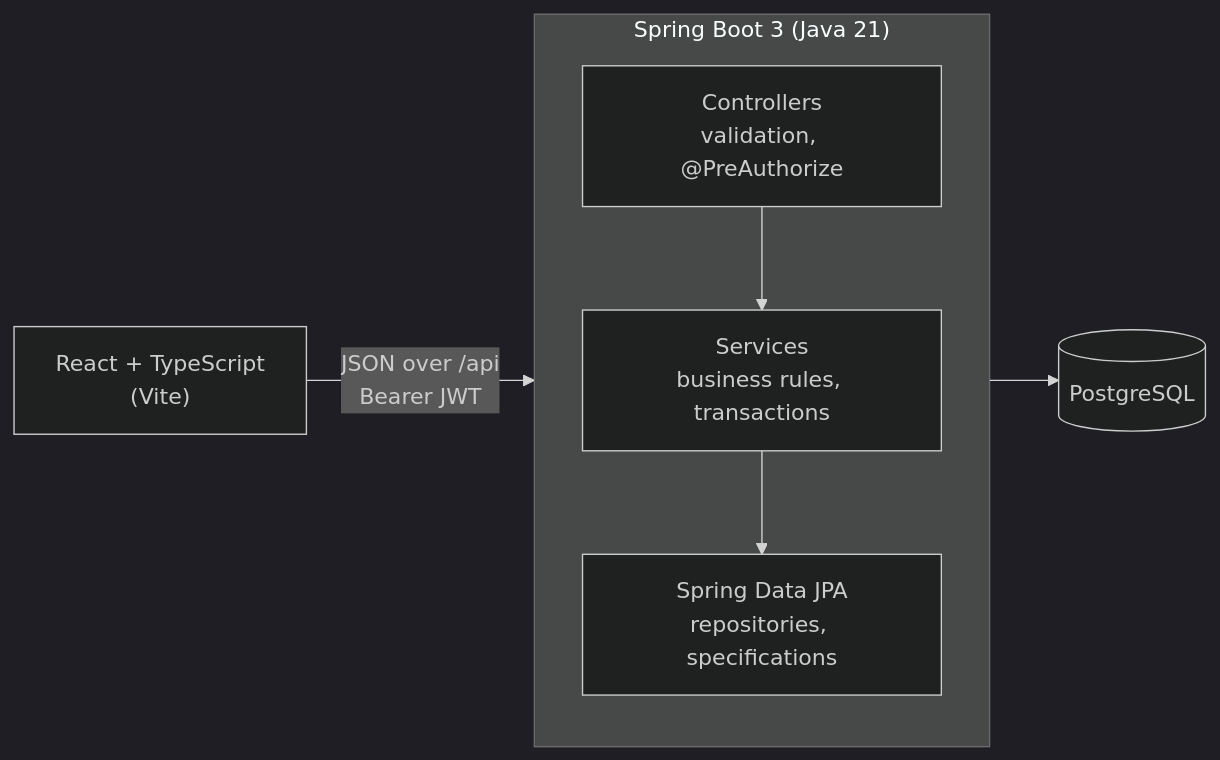
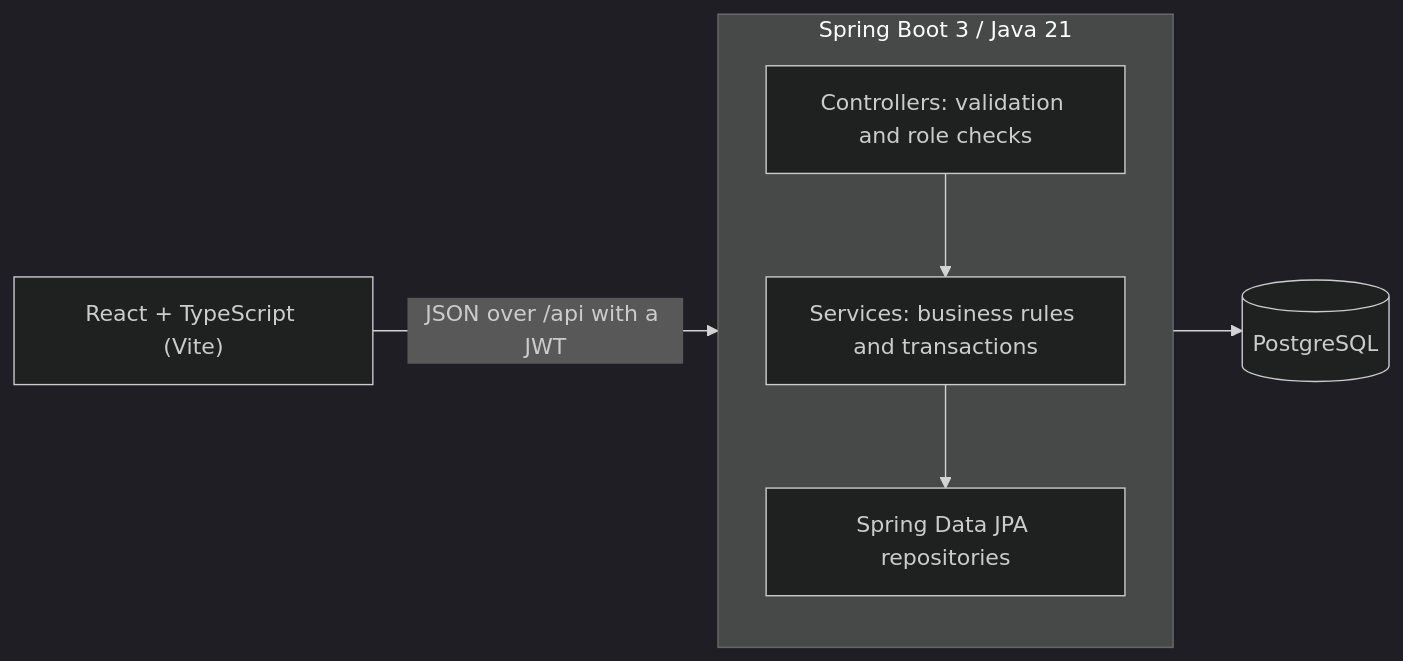
The diagram in README.md (Calvin527/Maroka-Inventory-System), drawn with Mermaid (dark theme) before and after one commit.

Commit message:
Fix architecture diagram in README

````diff
--- a/README.md
+++ b/README.md
@@ -32,10 +32,12 @@
 ```mermaid
 flowchart LR
-    UI["React + TypeScript<br/>(Vite)"] -- "JSON over /api<br/>Bearer JWT" --> API
-    subgraph API["Spring Boot 3 (Java 21)"]
+    UI["React + TypeScript (Vite)"]
+    subgraph API["Spring Boot 3 / Java 21"]
         direction TB
-        C[Controllers<br/>validation, @PreAuthorize] --> S[Services<br/>business rules, transactions]
-        S --> R[Spring Data JPA<br/>repositories, specifications]
+        C["Controllers: validation and role checks"] --> S["Services: business rules and transactions"]
+        S --> R["Spring Data JPA repositories"]
     end
-    R --> DB[(PostgreSQL)]
+    DB[("PostgreSQL")]
+    UI -- "JSON over /api with a JWT" --> C
+    R --> DB
 ```
````
